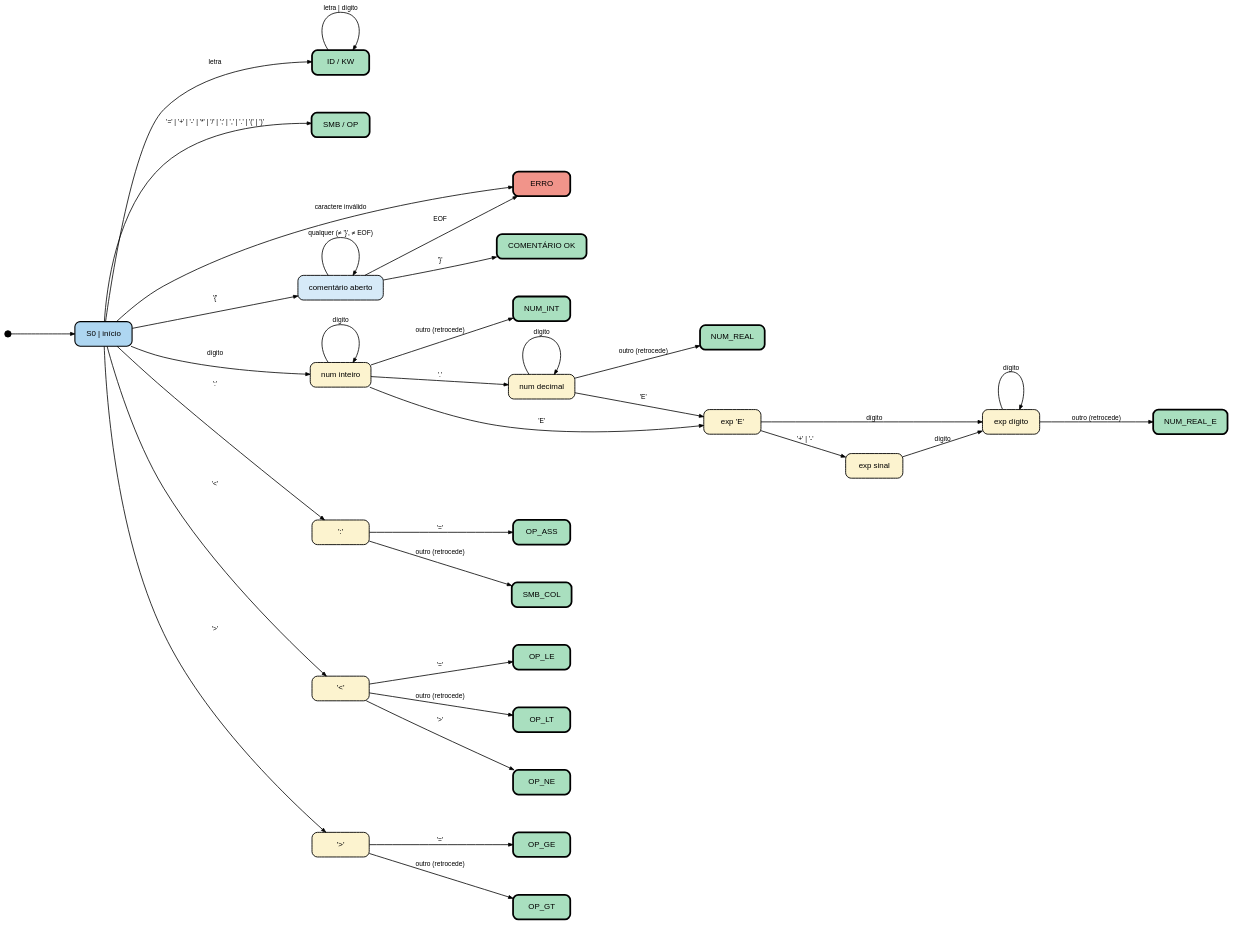
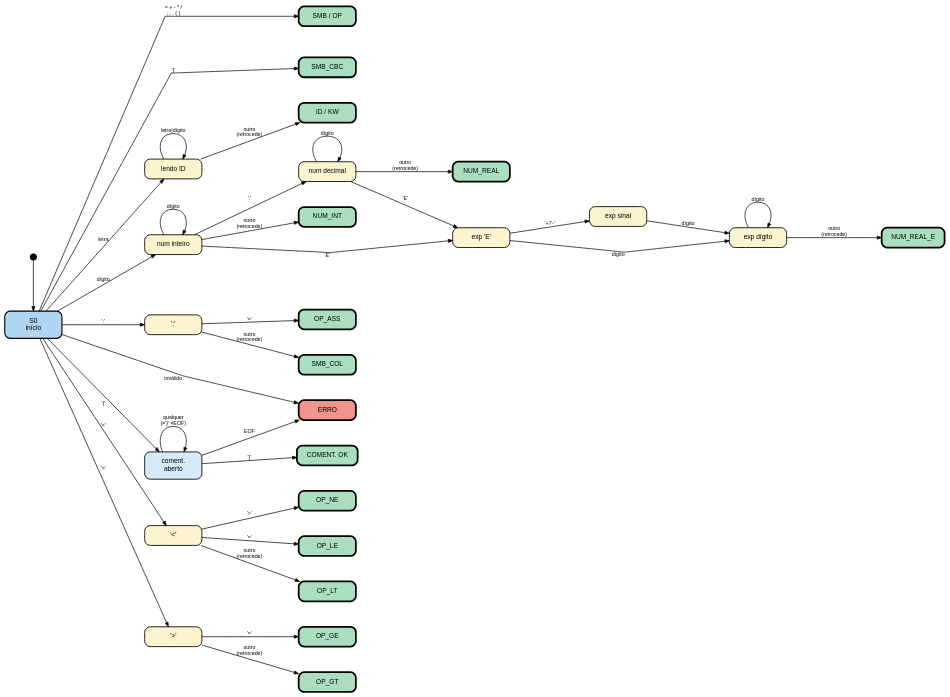
Before and after one commit to owhska/analiseLexica: the diagram in graficoP.dot, drawn with Graphviz. The commit also changed 11 other files, not shown here.

```diff
--- a/graficoP.dot
+++ b/graficoP.dot
@@ -1,84 +1,107 @@
 digraph AFD_MicroPascal {
     rankdir=LR;
-    splines=true;
-    nodesep=1.2;
-    ranksep=2.0;
+    splines=false;
+    nodesep=0.8;
+    ranksep=2.2;
     fontname="Arial";
     fontsize=20;
 
-    node [shape=rectangle, style="filled,rounded", fontname="Arial", fontsize=18,
-          fontcolor="black", margin="0.35,0.25", penwidth=2.0, width=1.8, height=0.7];
-    edge [fontname="Arial", fontsize=15, penwidth=1.8];
+    node [shape=rectangle, style="filled,rounded", fontname="Arial", fontsize=15,
+          fontcolor="black", margin="0.3,0.2", penwidth=2.0, width=1.8, height=0.6];
+    edge [fontname="Arial", fontsize=12, penwidth=1.6];
 
-    inicio [shape=point, width=0.2];
+    inicio [shape=point, width=0.2, fillcolor=black];
+    S0 [label="S0\ninício", fillcolor="#AED6F1", penwidth=2.5];
 
-    S0 [label="S0 | início", fillcolor="#AED6F1", penwidth=2.5];
+    /* Estados de aceitação — verde */
+    Q_ID     [label="ID / KW",    fillcolor="#A9DFBF", penwidth=4.0];
+    Q_INT    [label="NUM_INT",     fillcolor="#A9DFBF", penwidth=4.0];
+    Q_REAL   [label="NUM_REAL",    fillcolor="#A9DFBF", penwidth=4.0];
+    Q_REAL_E [label="NUM_REAL_E",  fillcolor="#A9DFBF", penwidth=4.0];
+    Q_ASS    [label="OP_ASS",      fillcolor="#A9DFBF", penwidth=4.0];
+    Q_COL    [label="SMB_COL",     fillcolor="#A9DFBF", penwidth=4.0];
+    Q_LE     [label="OP_LE",       fillcolor="#A9DFBF", penwidth=4.0];
+    Q_LT     [label="OP_LT",       fillcolor="#A9DFBF", penwidth=4.0];
+    Q_NE     [label="OP_NE",       fillcolor="#A9DFBF", penwidth=4.0];
+    Q_GE     [label="OP_GE",       fillcolor="#A9DFBF", penwidth=4.0];
+    Q_GT     [label="OP_GT",       fillcolor="#A9DFBF", penwidth=4.0];
+    Q_SIM    [label="SMB / OP",    fillcolor="#A9DFBF", penwidth=4.0];
+    Q_COM    [label="COMENT. OK",  fillcolor="#A9DFBF", penwidth=4.0];
+    Q_CBC    [label="SMB_CBC",     fillcolor="#A9DFBF", penwidth=4.0];
+    Q_ERRO   [label="ERRO",        fillcolor="#F1948A", penwidth=4.0];
 
-    Q_ID     [label="ID / KW",        fillcolor="#A9DFBF", penwidth=4.0];
-    Q_INT    [label="NUM_INT",         fillcolor="#A9DFBF", penwidth=4.0];
-    Q_REAL   [label="NUM_REAL",        fillcolor="#A9DFBF", penwidth=4.0];
-    Q_REAL_E [label="NUM_REAL_E",      fillcolor="#A9DFBF", penwidth=4.0];
-    Q_ASS    [label="OP_ASS",          fillcolor="#A9DFBF", penwidth=4.0];
-    Q_COL    [label="SMB_COL",         fillcolor="#A9DFBF", penwidth=4.0];
-    Q_LE     [label="OP_LE",           fillcolor="#A9DFBF", penwidth=4.0];
-    Q_LT     [label="OP_LT",           fillcolor="#A9DFBF", penwidth=4.0];
-    Q_NE     [label="OP_NE",           fillcolor="#A9DFBF", penwidth=4.0];
-    Q_GE     [label="OP_GE",           fillcolor="#A9DFBF", penwidth=4.0];
-    Q_GT     [label="OP_GT",           fillcolor="#A9DFBF", penwidth=4.0];
-    Q_SIM    [label="SMB / OP",        fillcolor="#A9DFBF", penwidth=4.0];
-    Q_COM    [label="COMENTÁRIO OK",   fillcolor="#A9DFBF", penwidth=4.0];
-    Q_ERRO   [label="ERRO",            fillcolor="#F1948A", penwidth=4.0];
+    /* Estados intermediários — amarelo */
+    Q_ALFA   [label="lendo ID",    fillcolor="#FCF3CF"];
+    Q_NUM_I  [label="num inteiro", fillcolor="#FCF3CF"];
+    Q_NUM_D  [label="num decimal", fillcolor="#FCF3CF"];
+    Q_NUM_E  [label="exp 'E'",     fillcolor="#FCF3CF"];
+    Q_NUM_ES [label="exp sinal",   fillcolor="#FCF3CF"];
+    Q_NUM_ED [label="exp dígito",  fillcolor="#FCF3CF"];
+    Q_COLON  [label="':'",         fillcolor="#FCF3CF"];
+    Q_LESS   [label="'<'",         fillcolor="#FCF3CF"];
+    Q_GREAT  [label="'>'",         fillcolor="#FCF3CF"];
+    Q_COMENT [label="coment.\naberto", fillcolor="#D6EAF8"];
 
-    Q_NUM_I  [label="num inteiro",     fillcolor="#FCF3CF"];
-    Q_NUM_D  [label="num decimal",     fillcolor="#FCF3CF"];
-    Q_NUM_E  [label="exp 'E'",         fillcolor="#FCF3CF"];
-    Q_NUM_ES [label="exp sinal",       fillcolor="#FCF3CF"];
-    Q_NUM_ED [label="exp dígito",      fillcolor="#FCF3CF"];
-    Q_COLON  [label="':'",             fillcolor="#FCF3CF"];
-    Q_LESS   [label="'<'",             fillcolor="#FCF3CF"];
-    Q_GREAT  [label="'>'",             fillcolor="#FCF3CF"];
-    Q_COMENT [label="comentário aberto", fillcolor="#D6EAF8"];
+    /* Forçar S0 no primeiro rank */
+    { rank=same; inicio; S0; }
+
+    /* Forçar nós de aceitação simples no mesmo rank à direita */
+    { rank=same; Q_SIM; Q_CBC; Q_ERRO; Q_COM; }
 
     inicio -> S0;
 
-    S0    -> Q_ID    [label="letra"];
-    Q_ID  -> Q_ID    [label="letra | dígito"];
+    /* Identificadores */
+    S0     -> Q_ALFA [label="letra"];
+    Q_ALFA -> Q_ALFA [label="letra|dígito"];
+    Q_ALFA -> Q_ID   [label="outro\n(retrocede)"];
 
+    /* Números inteiros */
     S0      -> Q_NUM_I [label="dígito"];
     Q_NUM_I -> Q_NUM_I [label="dígito"];
-    Q_NUM_I -> Q_INT   [label="outro (retrocede)"];
+    Q_NUM_I -> Q_INT   [label="outro\n(retrocede)"];
 
+    /* Números reais */
     Q_NUM_I -> Q_NUM_D [label="'.'"];
     Q_NUM_D -> Q_NUM_D [label="dígito"];
-    Q_NUM_D -> Q_REAL  [label="outro (retrocede)"];
+    Q_NUM_D -> Q_REAL  [label="outro\n(retrocede)"];
 
+    /* Notação científica */
     Q_NUM_I  -> Q_NUM_E  [label="'E'"];
     Q_NUM_D  -> Q_NUM_E  [label="'E'"];
-    Q_NUM_E  -> Q_NUM_ES [label="'+' | '-'"];
+    Q_NUM_E  -> Q_NUM_ES [label="'+'/'-'"];
     Q_NUM_E  -> Q_NUM_ED [label="dígito"];
     Q_NUM_ES -> Q_NUM_ED [label="dígito"];
     Q_NUM_ED -> Q_NUM_ED [label="dígito"];
-    Q_NUM_ED -> Q_REAL_E [label="outro (retrocede)"];
+    Q_NUM_ED -> Q_REAL_E [label="outro\n(retrocede)"];
 
+    /* := e : */
     S0      -> Q_COLON [label="':'"];
     Q_COLON -> Q_ASS   [label="'='"];
-    Q_COLON -> Q_COL   [label="outro (retrocede)"];
+    Q_COLON -> Q_COL   [label="outro\n(retrocede)"];
 
+    /* < <= <> */
     S0     -> Q_LESS [label="'<'"];
     Q_LESS -> Q_LE   [label="'='"];
     Q_LESS -> Q_NE   [label="'>'"];
-    Q_LESS -> Q_LT   [label="outro (retrocede)"];
+    Q_LESS -> Q_LT   [label="outro\n(retrocede)"];
 
+    /* > >= */
     S0      -> Q_GREAT [label="'>'"];
     Q_GREAT -> Q_GE    [label="'='"];
-    Q_GREAT -> Q_GT    [label="outro (retrocede)"];
+    Q_GREAT -> Q_GT    [label="outro\n(retrocede)"];
 
-    S0 -> Q_SIM [label="'=' | '+' | '-' | '*' | '/' | ';' | ',' | '.' | '(' | ')'"];
+    /* Símbolos simples — label curto sem risco de corte */
+    S0 -> Q_SIM [label="= + - * /\n; , . ( )"];
 
+    /* } solto */
+    S0 -> Q_CBC [label="'}'"];
+
+    /* Comentários */
     S0       -> Q_COMENT [label="'{'"];
-    Q_COMENT -> Q_COMENT [label="qualquer (≠ '}', ≠ EOF)"];
+    Q_COMENT -> Q_COMENT [label="qualquer\n(≠'}' ≠EOF)"];
     Q_COMENT -> Q_COM    [label="'}'"];
     Q_COMENT -> Q_ERRO   [label="EOF"];
 
-    S0 -> Q_ERRO [label="caractere inválido"];
+    /* Erro */
+    S0 -> Q_ERRO [label="inválido"];
 }
```
